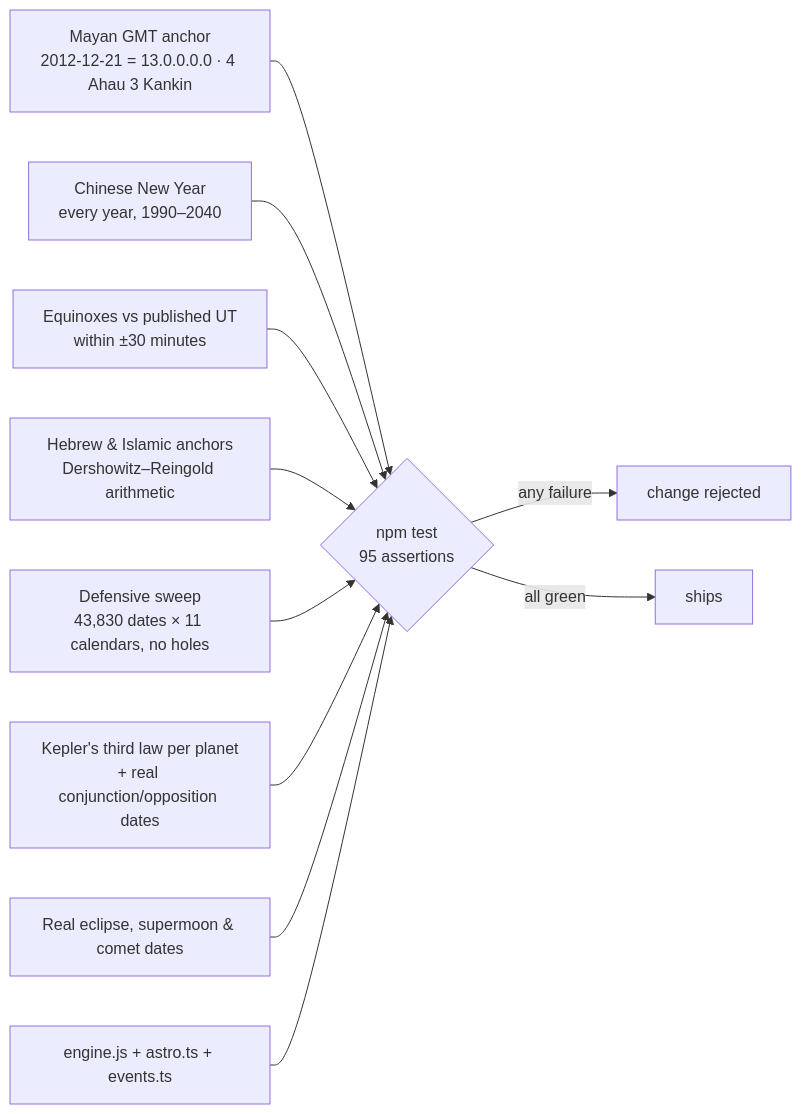
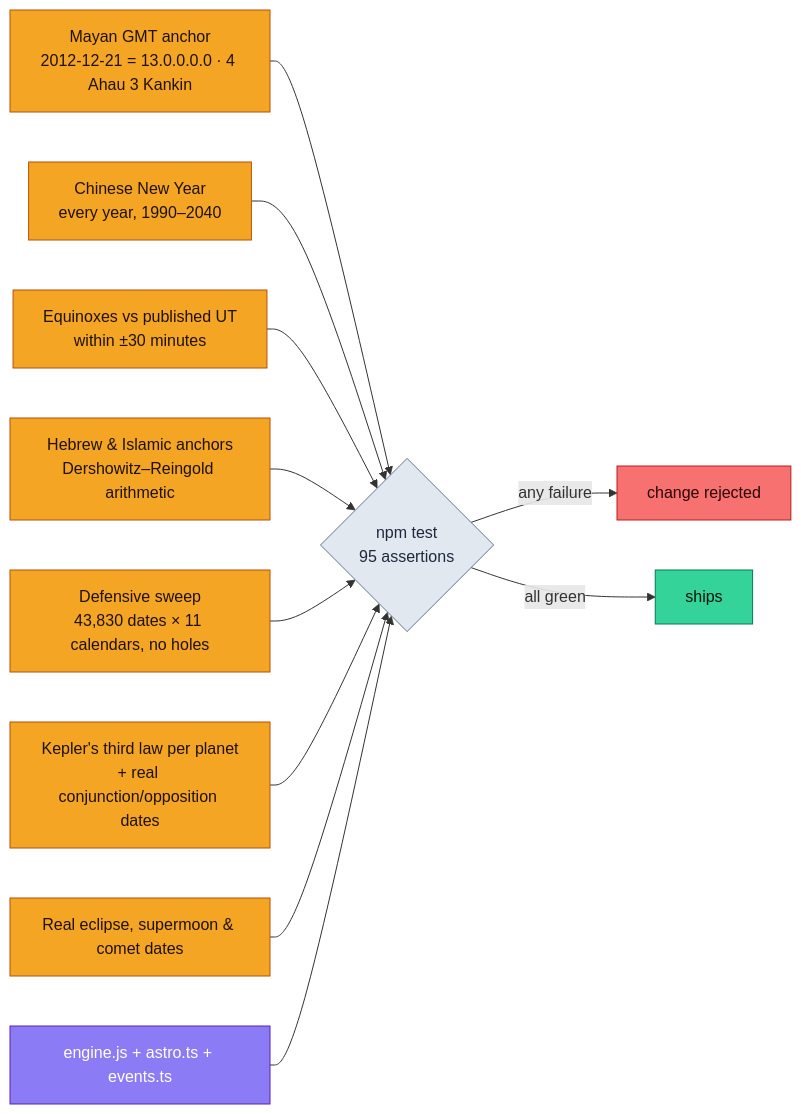
One commit to DyllonWright/Eleven-Days changed the second of 2 diagrams in README.md. Above: the diagram before and after it, drawn with Mermaid. The commit also changed other lines of this file, not shown here.

Commit message:
docs: color the mermaid diagrams
Both diagrams still matched current code (verified against 0.2.1's
95-assertion test suite and calendar derivation graph); this only adds
a semantic color palette shared across both — violet for the engine/
hub, amber for verified anchors, sky-blue for astronomy, green/red for
the pass/fail gate.

````diff
--- a/README.md
+++ b/README.md
@@ -57,13 +69,25 @@
 ```mermaid
 flowchart LR
     K1["Mayan GMT anchor<br/>2012-12-21 = 13.0.0.0.0 · 4 Ahau 3 Kankin"] --> S
     K2["Chinese New Year<br/>every year, 1990–2040"] --> S
     K3["Equinoxes vs published UT<br/>within ±30 minutes"] --> S
     K4["Hebrew & Islamic anchors<br/>Dershowitz–Reingold arithmetic"] --> S
     K5["Defensive sweep<br/>43,830 dates × 11 calendars, no holes"] --> S
     K6["Kepler's third law per planet<br/>+ real conjunction/opposition dates"] --> S
     K7["Real eclipse, supermoon & comet dates"] --> S
     E["engine.js + astro.ts + events.ts"] --> S{"npm test<br/>95 assertions"}
     S -->|any failure| X["change rejected"]
     S -->|all green| R["ships"]
+
+    classDef anchor fill:#f5a524,stroke:#b45309,color:#1e1206
+    classDef source fill:#8b7cf6,stroke:#5b21b6,color:#ffffff
+    classDef gate fill:#e2e8f0,stroke:#64748b,color:#1e293b
+    classDef fail fill:#f87171,stroke:#b91c1c,color:#2a0605
+    classDef pass fill:#34d399,stroke:#047857,color:#04120c
+
+    class K1,K2,K3,K4,K5,K6,K7 anchor
+    class E source
+    class S gate
+    class X fail
+    class R pass
 ```
````
